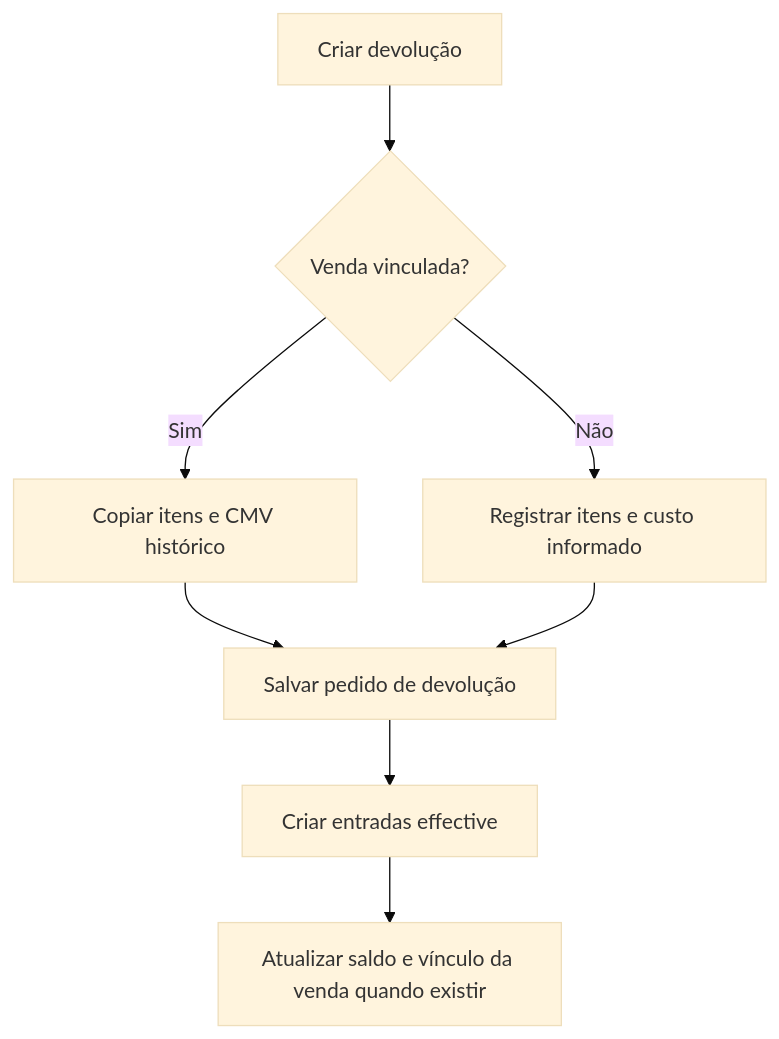
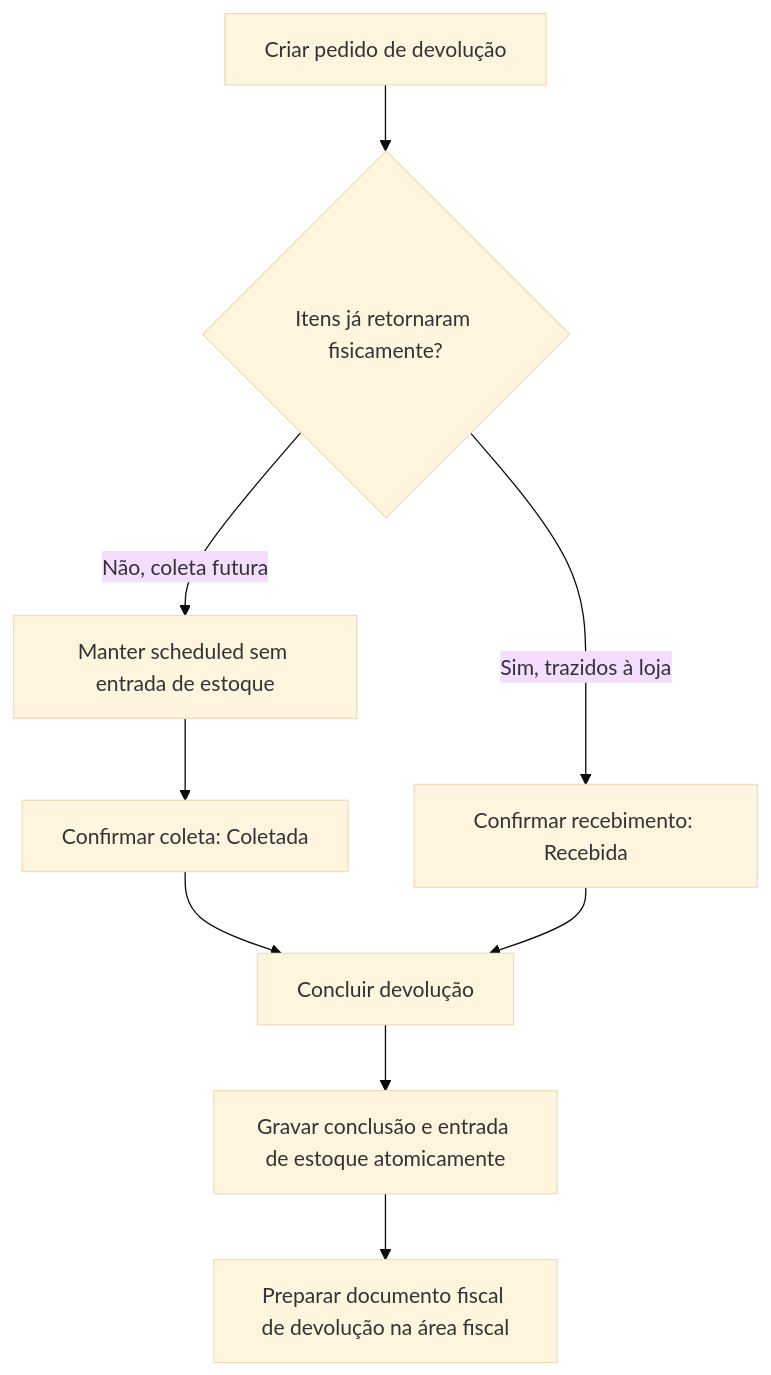
The diagram in docs/negocio/devolucoes/devolucoes-vinculadas-e-livres.md (matheusmorante/moveismorantehub), drawn with Mermaid (base theme) before and after one commit. The commit also changed other lines of this file and 126 other files, not shown here.

````diff
--- a/docs/negocio/devolucoes/devolucoes-vinculadas-e-livres.md
+++ b/docs/negocio/devolucoes/devolucoes-vinculadas-e-livres.md
@@ -15,10 +17,11 @@
 ```mermaid
 flowchart TD
-  A[Criar devolução] --> B{Venda vinculada?}
-  B -->|Sim| C[Copiar itens e CMV histórico]
-  B -->|Não| D[Registrar itens e custo informado]
-  C --> E[Salvar pedido de devolução]
-  D --> E
-  E --> F[Criar entradas effective]
-  F --> G[Atualizar saldo e vínculo da venda quando existir]
+  A[Criar pedido de devolução] --> B{Itens já retornaram fisicamente?}
+  B -->|Não, coleta futura| C[Manter scheduled sem entrada de estoque]
+  C --> D[Confirmar coleta: Coletada]
+  B -->|Sim, trazidos à loja| E[Confirmar recebimento: Recebida]
+  D --> F[Concluir devolução]
+  E --> F
+  F --> G[Gravar conclusão e entrada de estoque atomicamente]
+  G --> H[Preparar documento fiscal de devolução na área fiscal]
 ```
````
